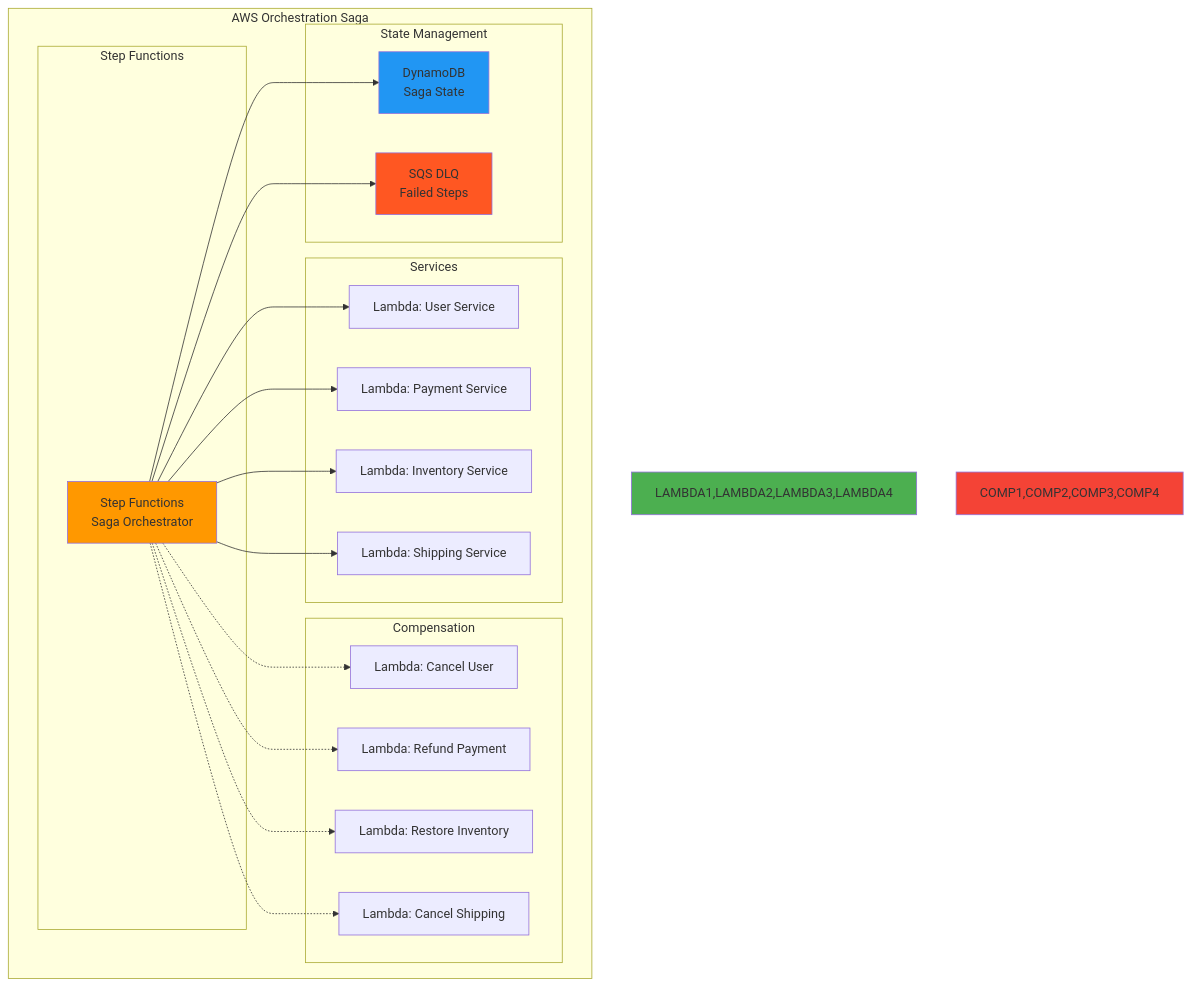
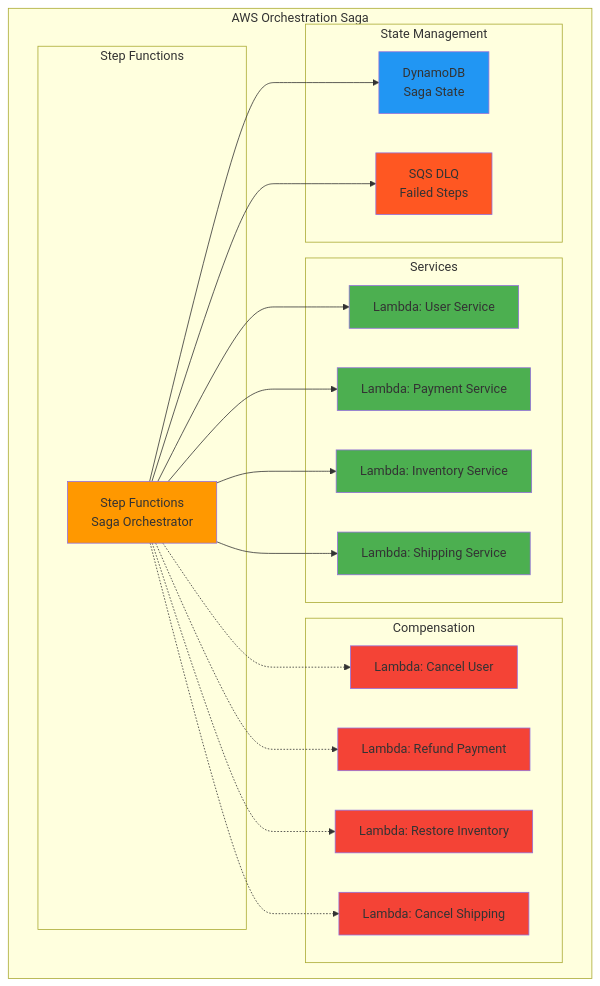
One commit to niceguy61/kdt_devops_lecture_2025 changed the third of 10 diagrams in theory/week_04/day1/session_3.md. Above: the diagram before and after it, drawn with Mermaid. The commit also changed 1 other file, not shown here.

Commit message:
test pattern

````diff
--- a/theory/week_04/day1/session_3.md
+++ b/theory/week_04/day1/session_3.md
@@ -145,46 +145,52 @@
 ```mermaid
 graph TB
     subgraph "AWS Orchestration Saga"
         subgraph "Step Functions"
             SF[Step Functions<br/>Saga Orchestrator]
         end
         
         subgraph "Services"
             LAMBDA1[Lambda: User Service]
             LAMBDA2[Lambda: Payment Service]
             LAMBDA3[Lambda: Inventory Service]
             LAMBDA4[Lambda: Shipping Service]
         end
         
         subgraph "Compensation"
             COMP1[Lambda: Cancel User]
             COMP2[Lambda: Refund Payment]
             COMP3[Lambda: Restore Inventory]
             COMP4[Lambda: Cancel Shipping]
         end
         
         subgraph "State Management"
             DYNAMO[DynamoDB<br/>Saga State]
             SQS[SQS DLQ<br/>Failed Steps]
         end
     end
     
     SF --> LAMBDA1
     SF --> LAMBDA2
     SF --> LAMBDA3
     SF --> LAMBDA4
     
     SF -.-> COMP1
     SF -.-> COMP2
     SF -.-> COMP3
     SF -.-> COMP4
     
     SF --> DYNAMO
     SF --> SQS
     
     style SF fill:#ff9800
-    style LAMBDA1,LAMBDA2,LAMBDA3,LAMBDA4 fill:#4caf50
-    style COMP1,COMP2,COMP3,COMP4 fill:#f44336
+    style LAMBDA1 fill:#4caf50
+    style LAMBDA2 fill:#4caf50
+    style LAMBDA3 fill:#4caf50
+    style LAMBDA4 fill:#4caf50
+    style COMP1 fill:#f44336
+    style COMP2 fill:#f44336
+    style COMP3 fill:#f44336
+    style COMP4 fill:#f44336
     style DYNAMO fill:#2196f3
     style SQS fill:#ff5722
 ```
````
